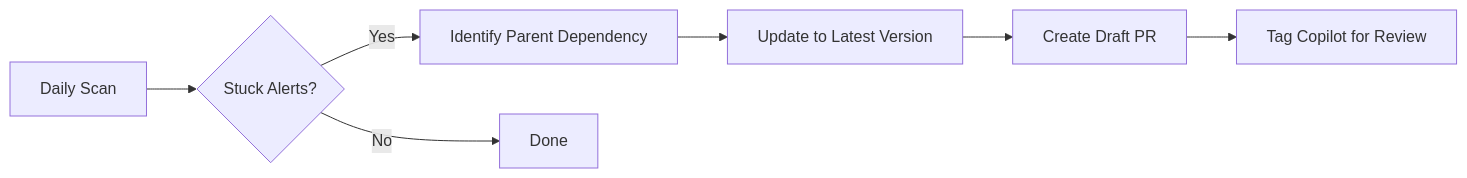
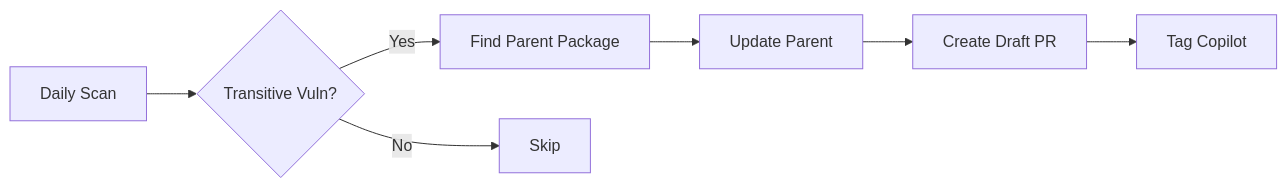
Before and after one commit to engseclabs/dependabot-wolf: the diagram in README.md, drawn with Mermaid. The commit also changed other lines of this file, not shown here.

First line of the commit message:
Simplify README to focus on transitive dependencies only

````diff
--- a/README.md
+++ b/README.md
@@ -101,9 +107,9 @@
 ```mermaid
 graph LR
-    A[Daily Scan] --> B{Stuck Alerts?}
-    B -->|Yes| C[Identify Parent Dependency]
-    C --> D[Update to Latest Version]
+    A[Daily Scan] --> B{Transitive Vuln?}
+    B -->|Yes| C[Find Parent Package]
+    C --> D[Update Parent]
     D --> E[Create Draft PR]
-    E --> F[Tag Copilot for Review]
-    B -->|No| G[Done]
+    E --> F[Tag Copilot]
+    B -->|No| G[Skip]
 ```
````
